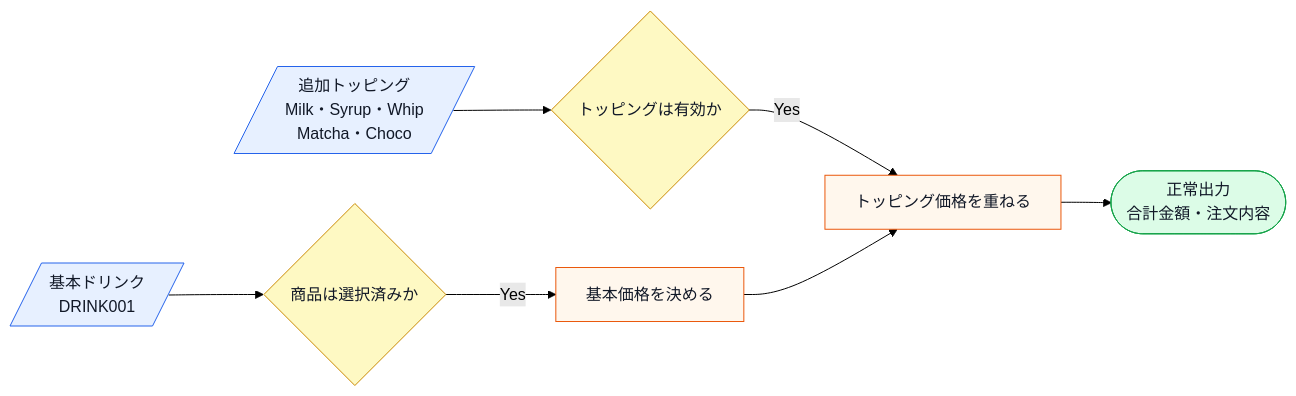
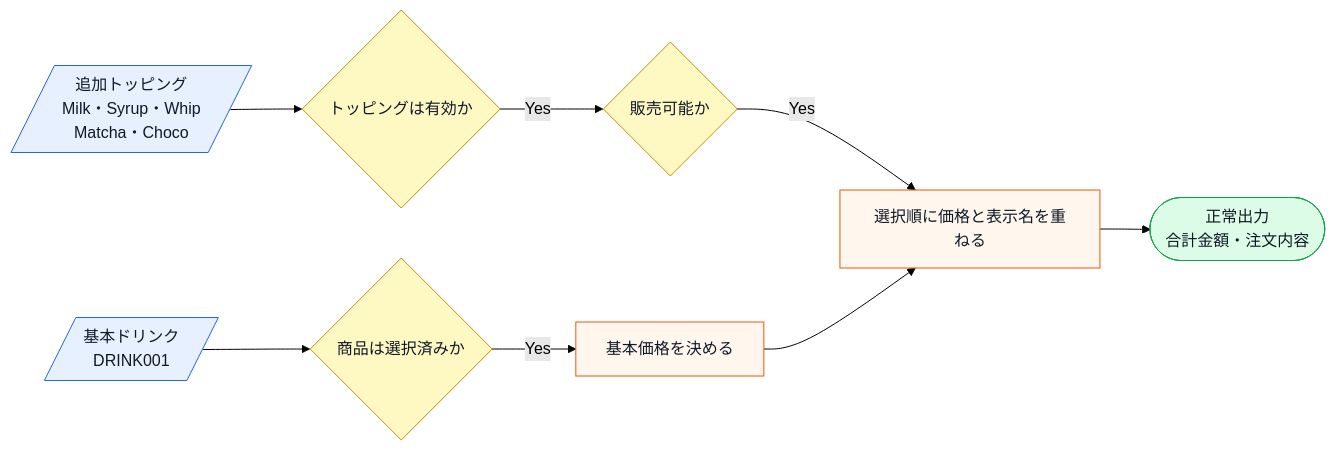
Before and after one commit to kumachan1101-pixel/DesignPattern: the fourth of 8 diagrams in kindle/design-patterns/output/chapter06.md, drawn with Mermaid (forest theme). The commit also changed other lines of this file and 1 other file, not shown here.

````diff
--- a/kindle/design-patterns/output/chapter06.md
+++ b/kindle/design-patterns/output/chapter06.md
@@ -351,14 +362,15 @@
 ```mermaid
 flowchart LR
     A[/基本ドリンク<br>DRINK001/]:::input --> B{商品は選択済みか}:::decision
     C[/追加トッピング<br>Milk・Syrup・Whip<br>Matcha・Choco/]:::input --> D{トッピングは有効か}:::decision
     B -->|Yes| E[基本価格を決める]:::process
-    D -->|Yes| F[トッピング価格を重ねる]:::process
+    D -->|Yes| A2{販売可能か}:::decision
+    A2 -->|Yes| F[選択順に価格と表示名を重ねる]:::process
     E --> F
     F --> G([正常出力<br>合計金額・注文内容]):::normal
 
     classDef input fill:#e7f0ff,stroke:#2563eb,color:#111827;
     classDef process fill:#fff7ed,stroke:#ea580c,color:#111827;
     classDef decision fill:#fef9c3,stroke:#ca8a04,color:#111827;
     classDef normal fill:#dcfce7,stroke:#16a34a,color:#111827;
 ```
````
